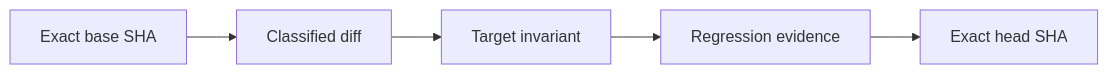
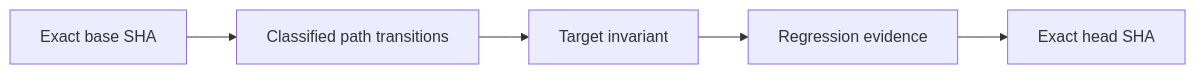
Before and after one commit to safal207/Causal-Memory-Layer: the diagram in docs/ci/CAUSAL_PR_GATE.md, drawn with Mermaid. The commit also changed other lines of this file, not shown here.

Commit message:
docs(ci): define all-branch and base-freshness enforcement

````diff
--- a/docs/ci/CAUSAL_PR_GATE.md
+++ b/docs/ci/CAUSAL_PR_GATE.md
@@ -41,7 +45,7 @@
 ```mermaid
 flowchart LR
-    B[Exact base SHA] --> D[Classified diff]
+    B[Exact base SHA] --> D[Classified path transitions]
     D --> I[Target invariant]
     I --> R[Regression evidence]
     R --> H[Exact head SHA]
 ```
````
